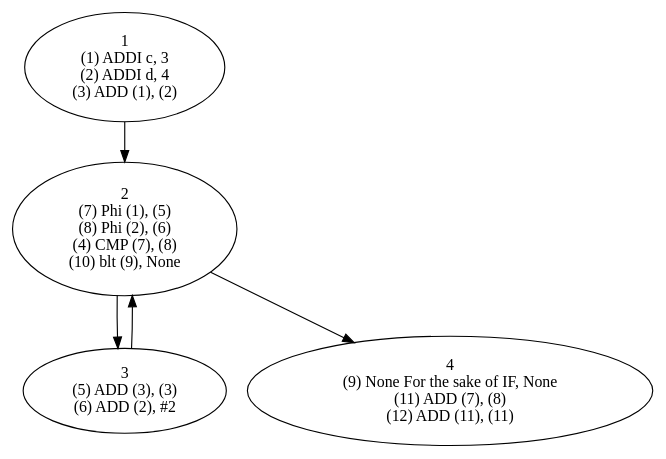
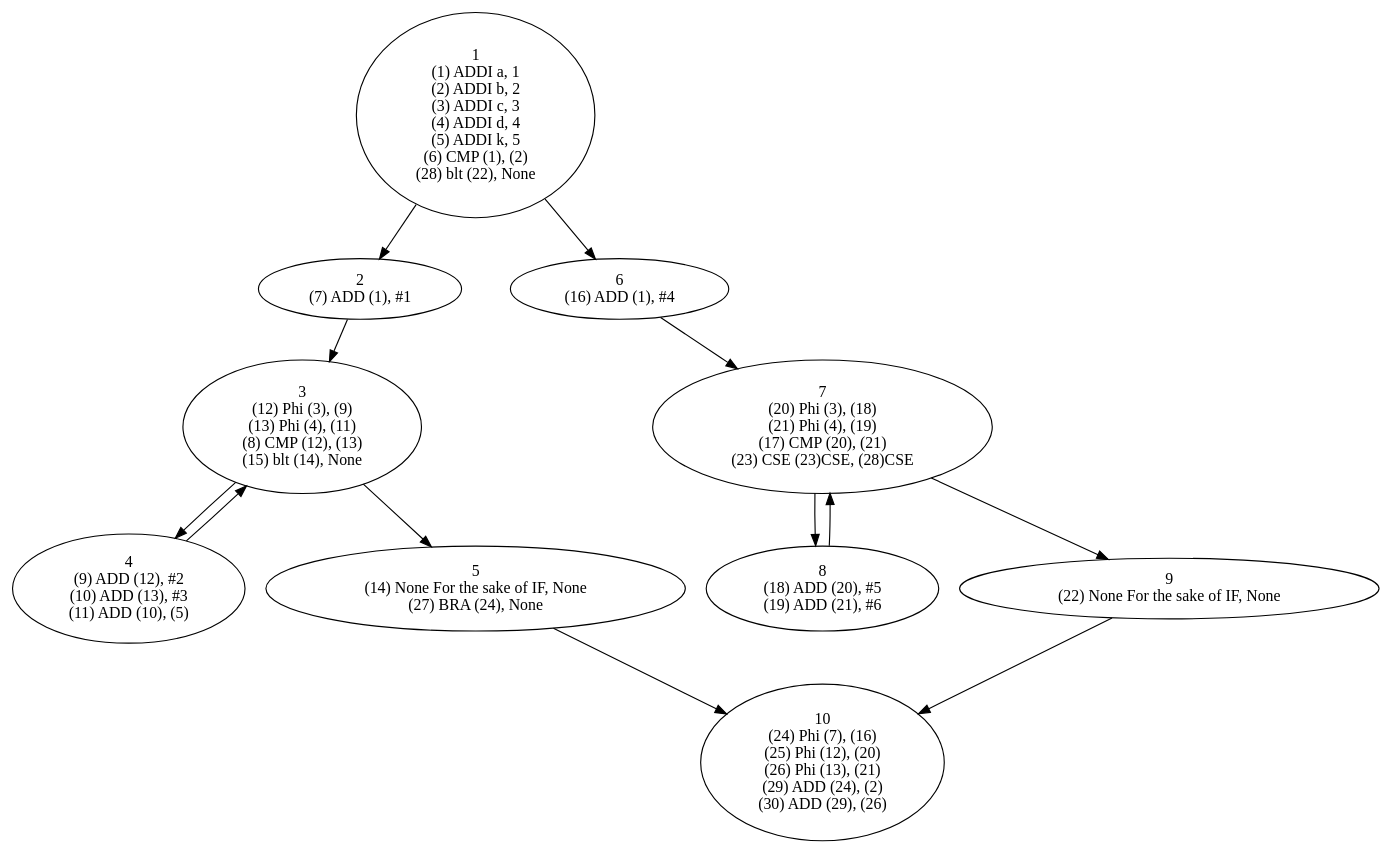
Before and after one commit to amatii/compiler: the diagram in grid1.dot, drawn with Graphviz. The commit also changed 7 other files, not shown here.

Commit message:
While bug fixed. a little refactorized. inference graph generator furthur developed. need to debug, and also handle Phi, Mov, functions, return, etc.

```diff
--- a/grid1.dot
+++ b/grid1.dot
@@ -1,10 +1,24 @@
 strict digraph  {
-1 [label="1\n(1) ADDI c, 3\n(2) ADDI d, 4\n(3) ADD (1), (2)"];
-2 [label="2\n(7) Phi (1), (5)\n(8) Phi (2), (6)\n(4) CMP (7), (8)\n(10) blt (9), None"];
-3 [label="3\n(5) ADD (3), (3)\n(6) ADD (2), #2"];
-4 [label="4\n(9) None For the sake of IF, None\n(11) ADD (7), (8)\n(12) ADD (11), (11)"];
+1 [label="1\n(1) ADDI a, 1\n(2) ADDI b, 2\n(3) ADDI c, 3\n(4) ADDI d, 4\n(5) ADDI k, 5\n(6) CMP (1), (2)\n(28) blt (22), None"];
+2 [label="2\n(7) ADD (1), #1"];
+3 [label="3\n(12) Phi (3), (9)\n(13) Phi (4), (11)\n(8) CMP (12), (13)\n(15) blt (14), None"];
+4 [label="4\n(9) ADD (12), #2\n(10) ADD (13), #3\n(11) ADD (10), (5)"];
+5 [label="5\n(14) None For the sake of IF, None\n(27) BRA (24), None"];
+6 [label="6\n(16) ADD (1), #4"];
+7 [label="7\n(20) Phi (3), (18)\n(21) Phi (4), (19)\n(17) CMP (20), (21)\n(23) CSE (23)CSE, (28)CSE"];
+8 [label="8\n(18) ADD (20), #5\n(19) ADD (21), #6"];
+9 [label="9\n(22) None For the sake of IF, None"];
+10 [label="10\n(24) Phi (7), (16)\n(25) Phi (12), (20)\n(26) Phi (13), (21)\n(29) ADD (24), (2)\n(30) ADD (29), (26)"];
 1 -> 2;
+1 -> 6;
 2 -> 3;
-2 -> 4;
-3 -> 2;
+3 -> 4;
+3 -> 5;
+4 -> 3;
+5 -> 10;
+6 -> 7;
+7 -> 8;
+7 -> 9;
+8 -> 7;
+9 -> 10;
 }
```
